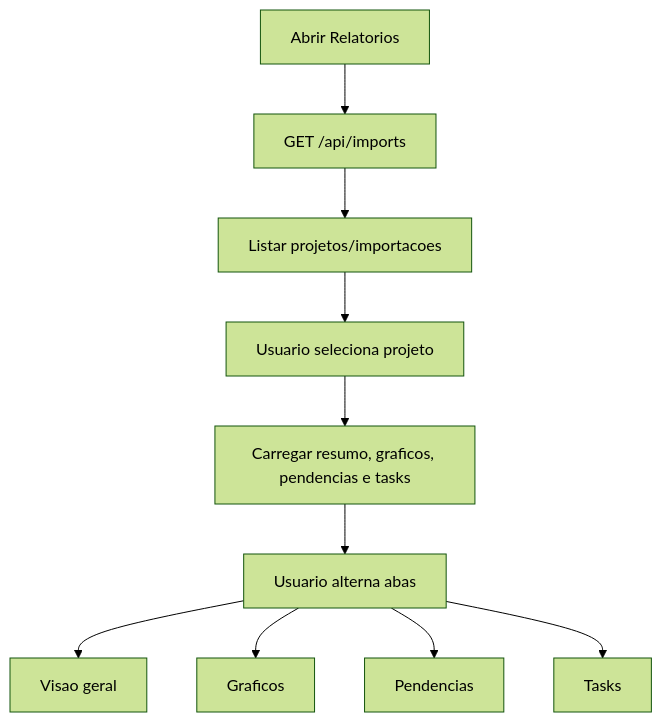
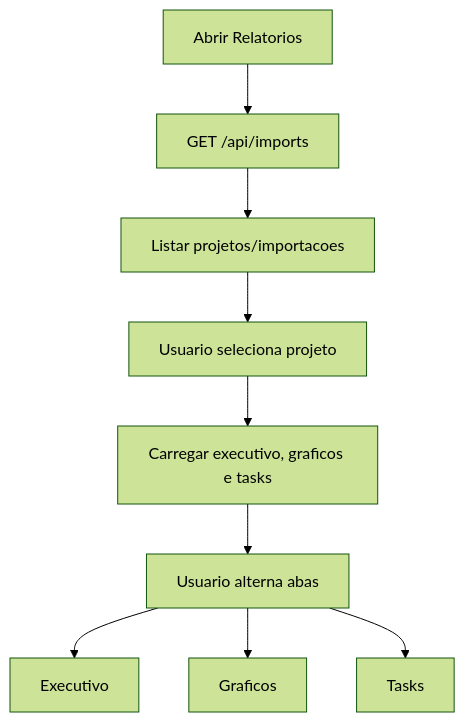
One commit to GiovannaBarbieri/alfred changed the seventh of 15 diagrams in docs/11-diagramas-endpoints-fluxos.md. Above: the diagram before and after it, drawn with Mermaid (forest theme). The commit also changed other lines of this file and 11 other files, not shown here.

````diff
--- a/docs/11-diagramas-endpoints-fluxos.md
+++ b/docs/11-diagramas-endpoints-fluxos.md
@@ -448,12 +452,11 @@
 ```mermaid
 flowchart TD
   A["Abrir Relatorios"] --> B["GET /api/imports"]
   B --> C["Listar projetos/importacoes"]
   C --> D["Usuario seleciona projeto"]
-  D --> E["Carregar resumo, graficos, pendencias e tasks"]
+  D --> E["Carregar executivo, graficos e tasks"]
   E --> F["Usuario alterna abas"]
-  F --> G["Visao geral"]
+  F --> G["Executivo"]
   F --> H["Graficos"]
-  F --> I["Pendencias"]
-  F --> J["Tasks"]
+  F --> I["Tasks"]
 ```
````
